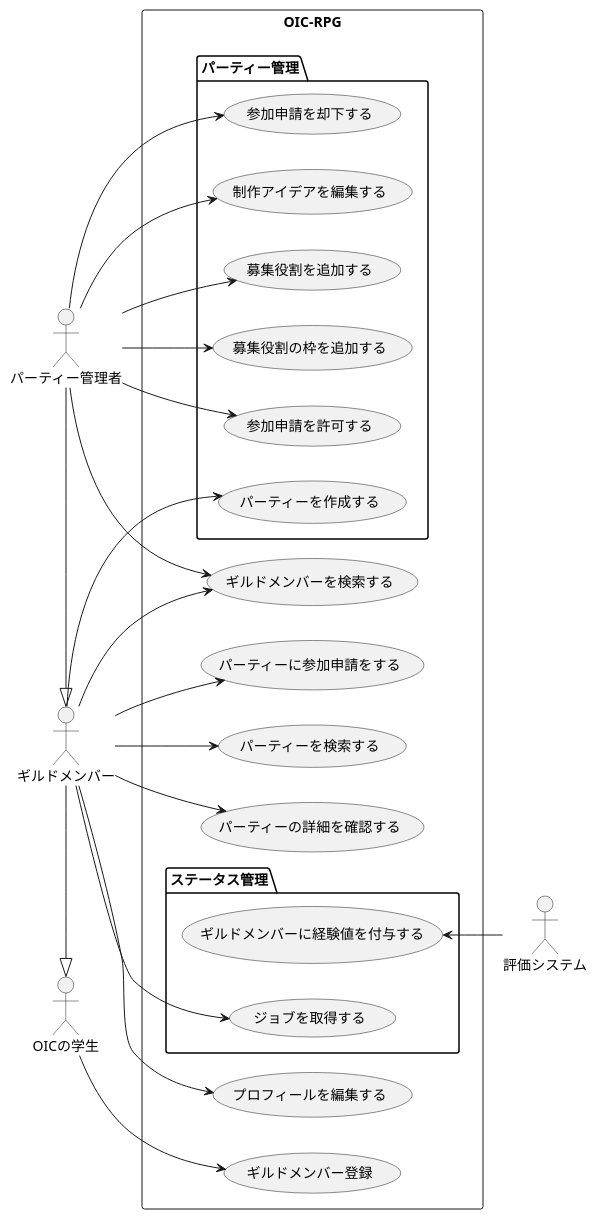
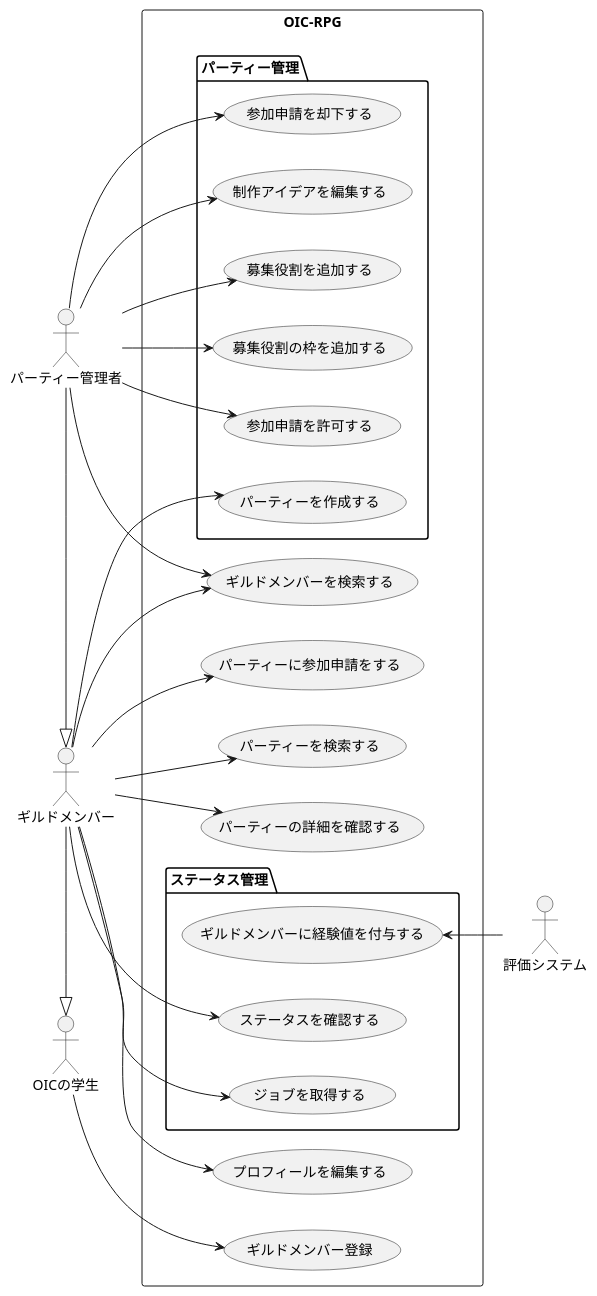
The diagram in design/use_case.puml.md (44x1carbon/oic-rpg-doc), drawn with PlantUML before and after one commit. The commit also changed other lines of this file, not shown here.

````diff
--- a/design/use_case.puml.md
+++ b/design/use_case.puml.md
@@ -3,53 +3,55 @@
 ```uml
 @startuml
 left to right direction
 
 :OICの学生: as Student
 :ギルドメンバー: as GuildMember
 :パーティー管理者: as PartyManager
 :評価システム: as RatingSystem
 
 GuildMember -|> Student
 PartyManager -|> GuildMember
 
 rectangle OIC-RPG {
   (ギルドメンバー登録) as RegisterGuild
   (プロフィールを編集する) as EditProfile
 
   package パーティー管理 {
     (募集役割を追加する) as AddWantedRole
     (募集役割の枠を追加する) as AddWantedRoleFrame
     (参加申請を許可する) as AcceptRequest
     (参加申請を却下する) as RejectRequest
     (制作アイデアを編集する) as EditProductIdea
     (パーティーを作成する) as RegisterParty
   }
 
   (パーティーに参加申請をする) as SendJoinRequest
   (パーティーを検索する) as SearchParty
   (パーティーの詳細を確認する) as BrowsePartyDetail
   (ギルドメンバーを検索する) as SearchGuildMember
   package ステータス管理 {
+    (ステータスを確認する) as BrowseStatus
     (ジョブを取得する) as GetJob
     (ギルドメンバーに経験値を付与する) as GiveExpToGuildMember
   }
 }
 
 Student --> RegisterGuild
 GuildMember --> EditProfile
 GuildMember --> RegisterParty
 GuildMember --> GetJob
 GuildMember --> BrowsePartyDetail
 GuildMember --> SearchGuildMember
 GuildMember --> SearchParty
 GuildMember --> SendJoinRequest
+GuildMember --> BrowseStatus
 PartyManager --> AddWantedRole
 PartyManager --> AddWantedRoleFrame
 PartyManager --> EditProductIdea
 PartyManager --> SearchGuildMember
 PartyManager --> AcceptRequest
 PartyManager --> RejectRequest
 RatingSystem -up-> GiveExpToGuildMember
 
 @enduml
 ```
````
